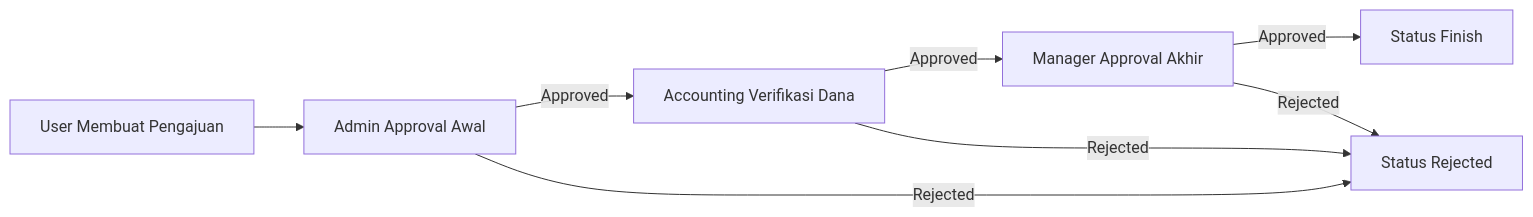
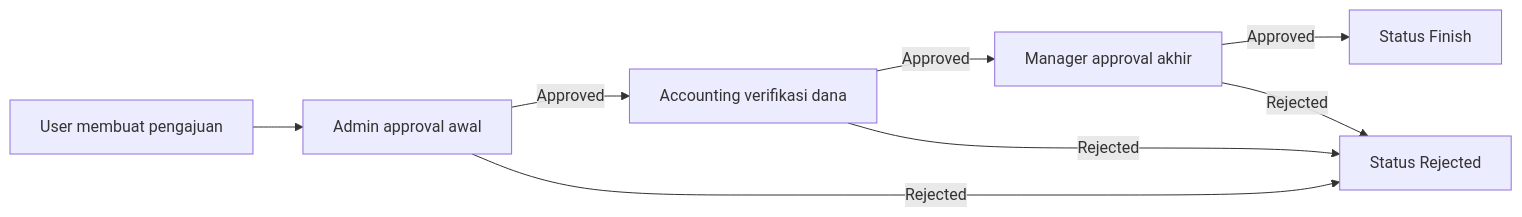
The diagram in README.md (rahmawati6/flask-inventory-management), drawn with Mermaid before and after one commit. The commit also changed other lines of this file and 1 other file, not shown here.

````diff
--- a/README.md
+++ b/README.md
@@ -52,10 +70,10 @@
 ```mermaid
 flowchart LR
-    A[User Membuat Pengajuan] --> B[Admin Approval Awal]
-    B -->|Approved| C[Accounting Verifikasi Dana]
-    B -->|Rejected| R[Status Rejected]
-    C -->|Approved| D[Manager Approval Akhir]
+    A["User membuat pengajuan"] --> B["Admin approval awal"]
+    B -->|Approved| C["Accounting verifikasi dana"]
+    B -->|Rejected| R["Status Rejected"]
+    C -->|Approved| D["Manager approval akhir"]
     C -->|Rejected| R
-    D -->|Approved| F[Status Finish]
+    D -->|Approved| F["Status Finish"]
     D -->|Rejected| R
 ```
````
